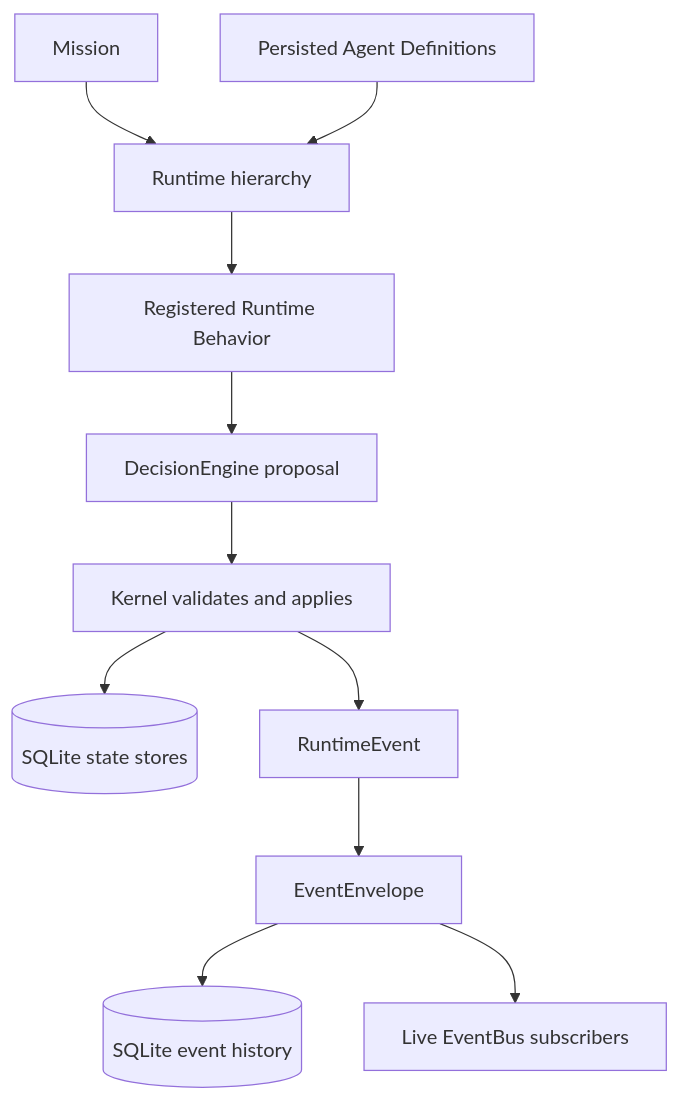
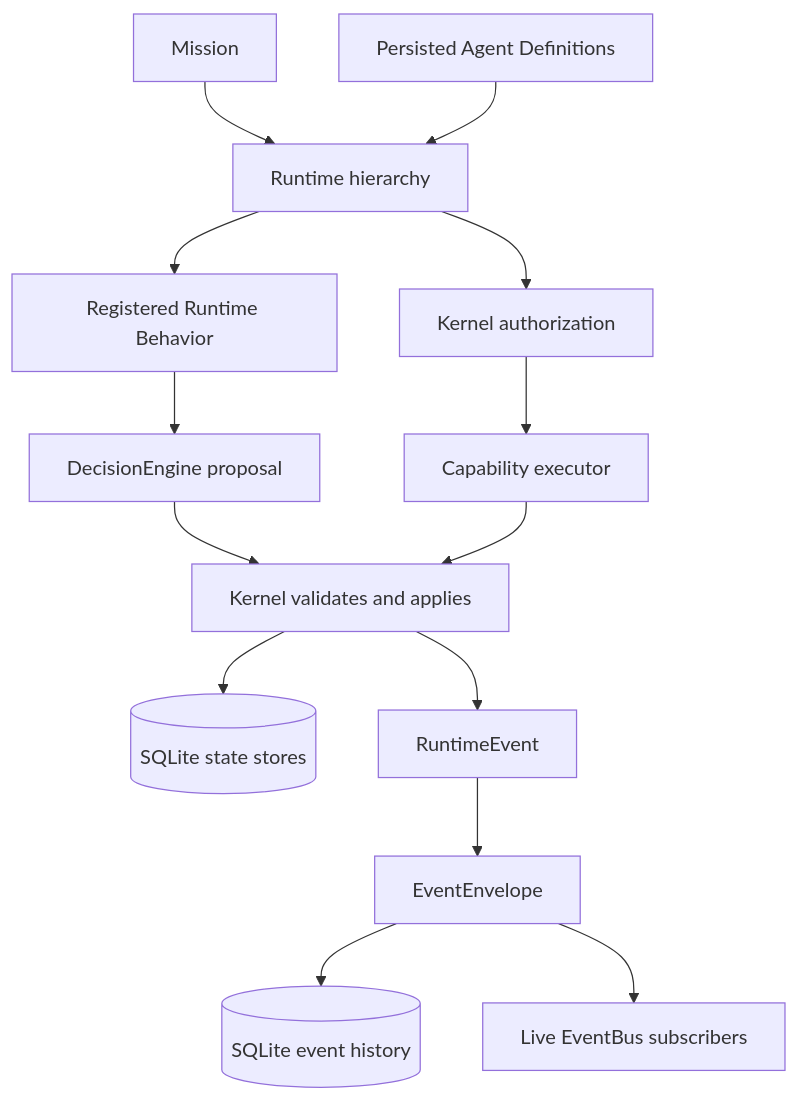
The diagram in README.md (AnuAnsh17/wyvernOS), drawn with Mermaid before and after one commit. The commit also changed other lines of this file and 12 other files, not shown here.

Commit message:
feat: add kernel-owned authorization

````diff
--- a/README.md
+++ b/README.md
@@ -26,13 +26,16 @@
 ```mermaid
 flowchart TD
     M[Mission] --> R[Runtime hierarchy]
     A[Persisted Agent Definitions] --> R
     R --> B[Registered Runtime Behavior]
     B --> D[DecisionEngine proposal]
     D --> K[Kernel validates and applies]
+    R --> Z[Kernel authorization]
+    Z --> C[Capability executor]
+    C --> K
     K --> S[(SQLite state stores)]
     K --> E[RuntimeEvent]
     E --> V[EventEnvelope]
     V --> H[(SQLite event history)]
     V --> L[Live EventBus subscribers]
 ```
````
